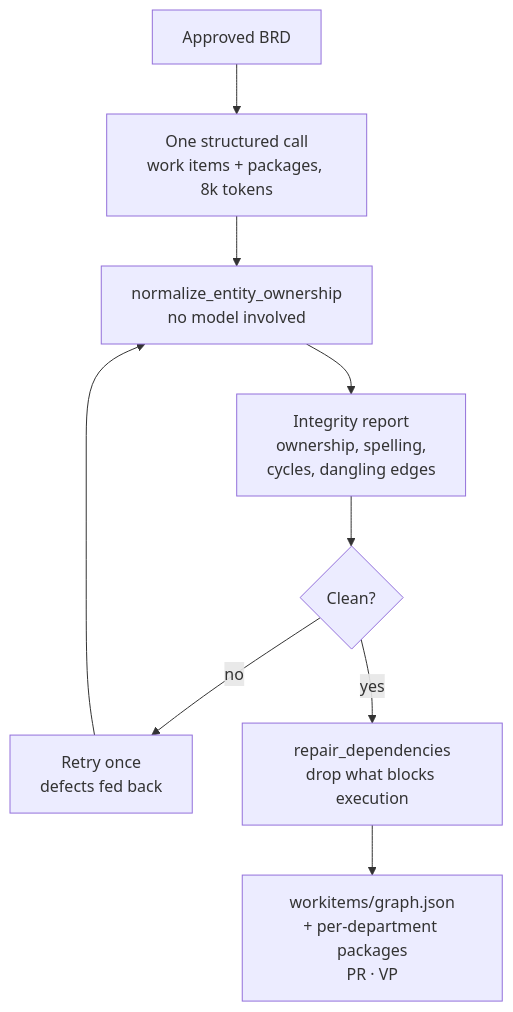
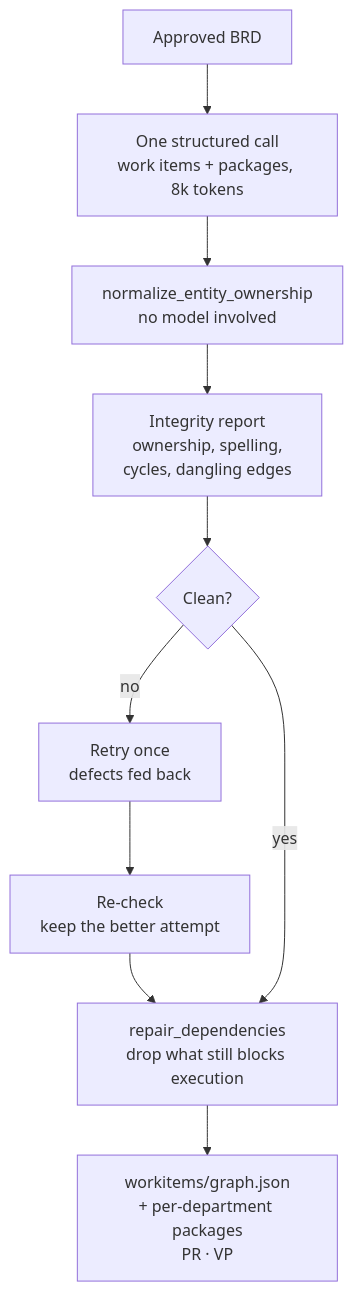
The sixth of 6 diagrams in docs/agents.md (ronit-j-sdms1030/ai-factory), drawn with Mermaid before and after one commit. The commit also changed other lines of this file and 1 other file, not shown here.

````diff
--- a/docs/agents.md
+++ b/docs/agents.md
@@ -202,11 +202,12 @@
 ```mermaid
 flowchart TD
     A[Approved BRD] --> B[One structured call<br/>work items + packages, 8k tokens]
     B --> C[normalize_entity_ownership<br/>no model involved]
     C --> D[Integrity report<br/>ownership, spelling,<br/>cycles, dangling edges]
     D --> E{Clean?}
     E -->|no| RT[Retry once<br/>defects fed back]
-    RT --> C
-    E -->|yes| R[repair_dependencies<br/>drop what blocks execution]
+    RT --> K[Re-check<br/>keep the better attempt]
+    K --> R
+    E -->|yes| R[repair_dependencies<br/>drop what still blocks execution]
     R --> H[workitems/graph.json<br/>+ per-department packages<br/>PR · VP]
 ```
````
